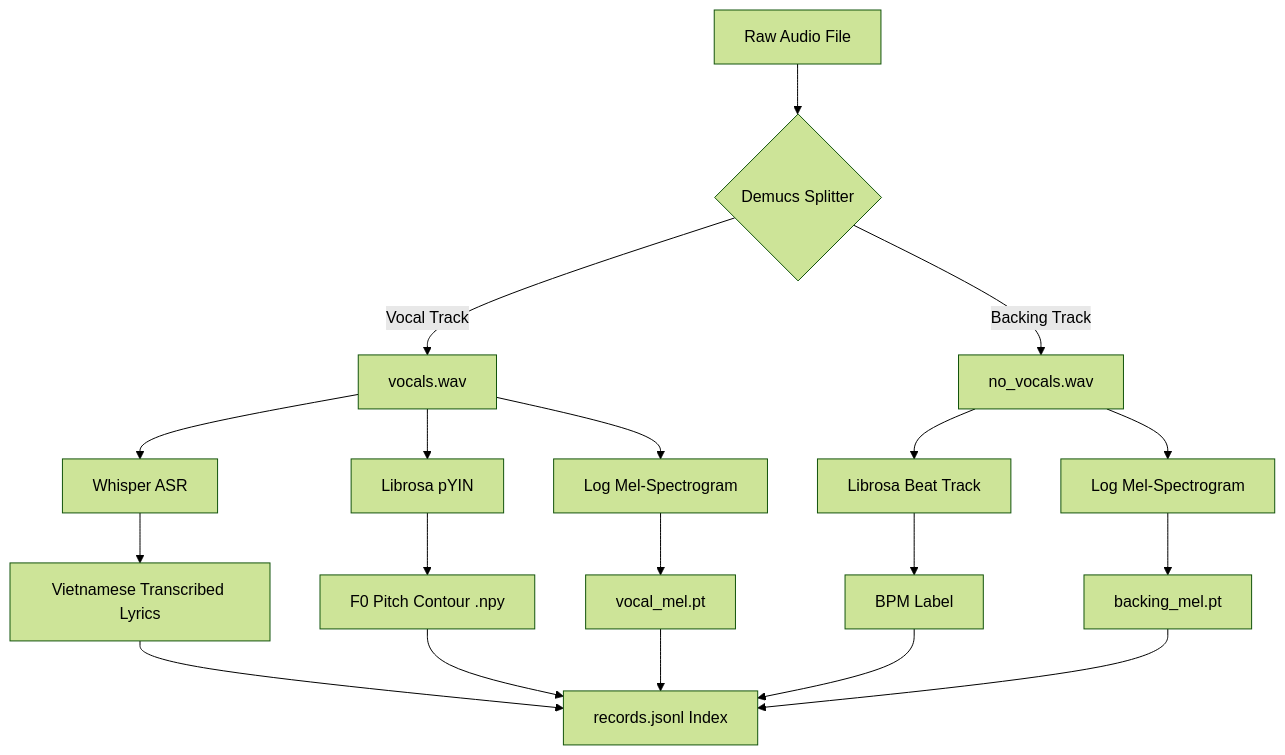
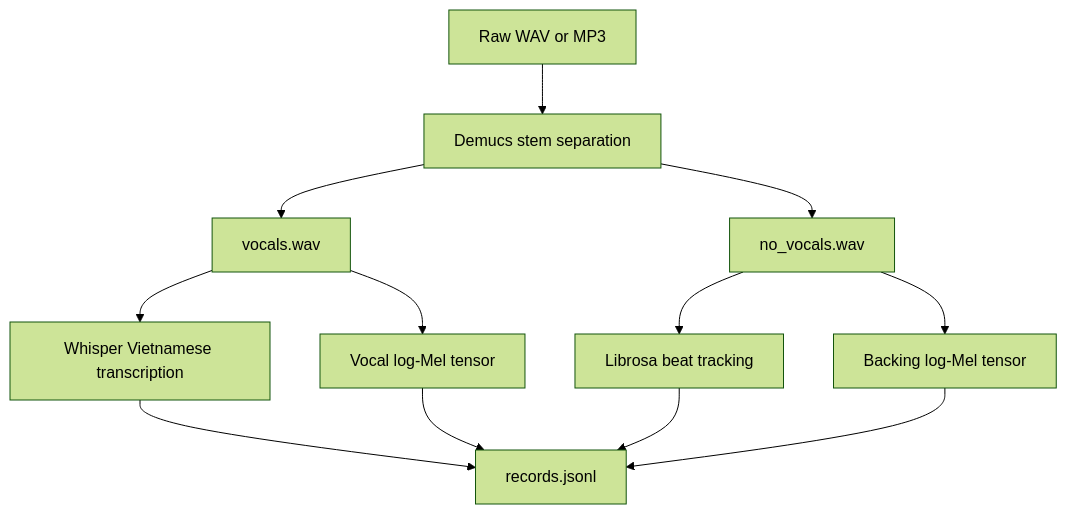
One commit to nhuy5602/GenMusic changed the diagram in src/data/README.md. Above: the diagram before and after it, drawn with Mermaid (forest theme). The commit also changed other lines of this file and 3 other files, not shown here.

````diff
--- a/src/data/README.md
+++ b/src/data/README.md
@@ -11,23 +8,14 @@
 ```mermaid
 flowchart TD
-    Raw[Raw Audio File] --> Demucs{Demucs Splitter}
-    Demucs -->|Vocal Track| Vocals[vocals.wav]
-    Demucs -->|Backing Track| Backing[no_vocals.wav]
-    
-    Vocals --> Whisper[Whisper ASR]
-    Whisper --> Lyrics[Vietnamese Transcribed Lyrics]
-    
-    Vocals --> PyIN[Librosa pYIN]
-    PyIN --> Pitch[F0 Pitch Contour .npy]
-    
-    Backing --> BPM[Librosa Beat Track]
-    BPM --> Tempo[BPM Label]
-    
-    Backing --> MelB[Log Mel-Spectrogram]
-    Vocals --> MelV[Log Mel-Spectrogram]
-    
-    MelB --> TensorB[backing_mel.pt]
-    MelV --> TensorV[vocal_mel.pt]
-    
-    Lyrics & Tempo & TensorB & TensorV & Pitch --> Output[records.jsonl Index]
+    Raw[Raw WAV or MP3] --> Demucs[Demucs stem separation]
+    Demucs --> Vocals[vocals.wav]
+    Demucs --> Backing[no_vocals.wav]
+    Vocals --> Whisper[Whisper Vietnamese transcription]
+    Backing --> BPM[Librosa beat tracking]
+    Vocals --> VocalMel[Vocal log-Mel tensor]
+    Backing --> BackingMel[Backing log-Mel tensor]
+    Whisper --> Records[records.jsonl]
+    BPM --> Records
+    VocalMel --> Records
+    BackingMel --> Records
 ```
````
